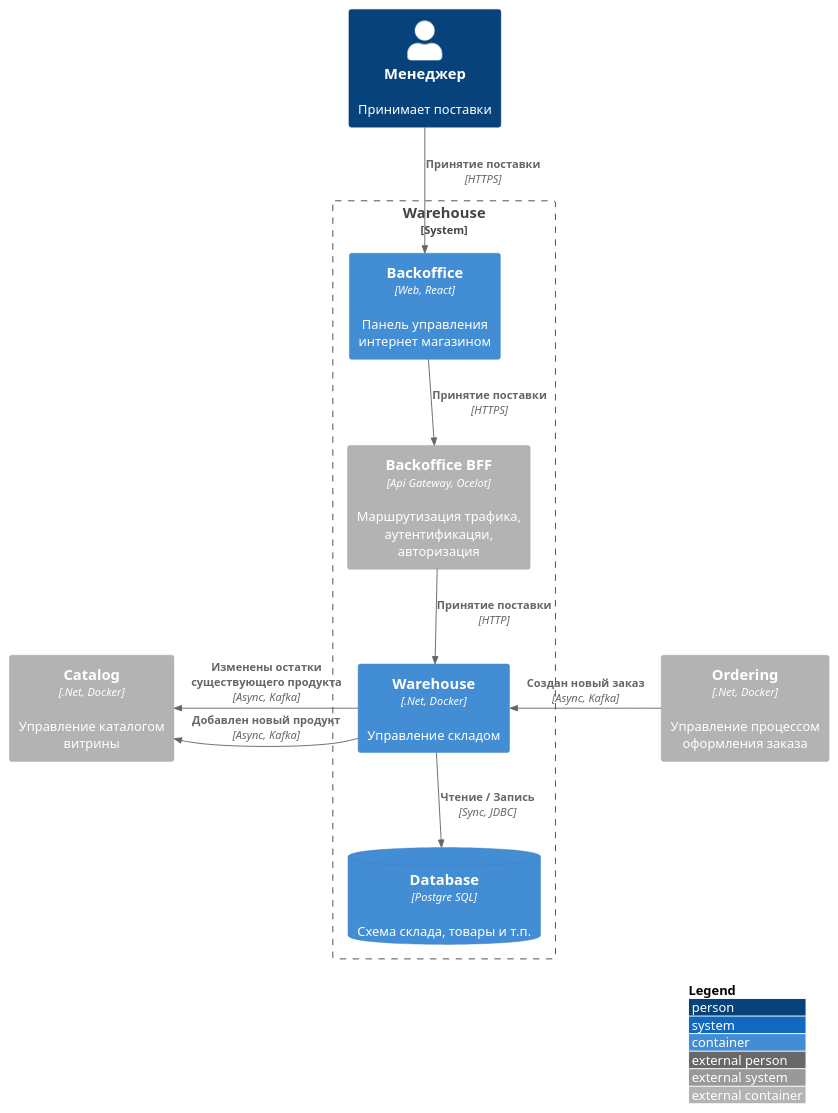
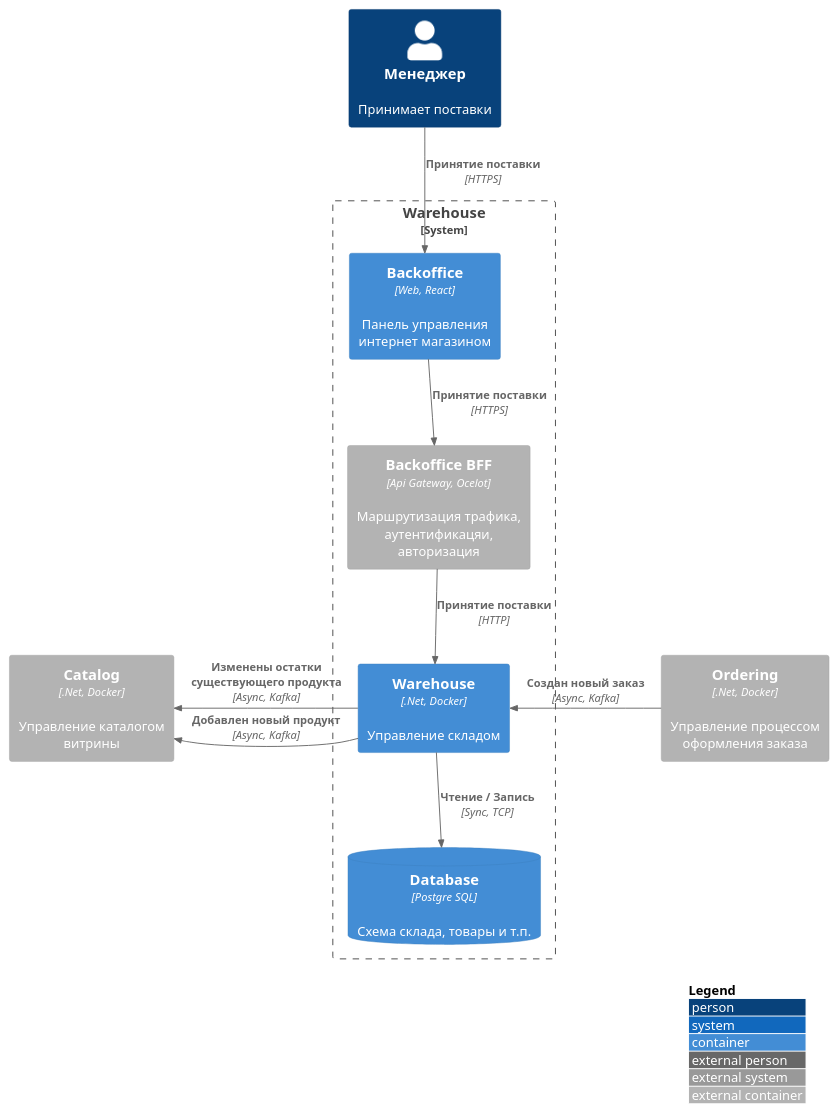
One commit to gerzhan/knigaexpert-system-design changed the first of 3 diagrams in services/warehouse/README.md. Above: the diagram before and after it, drawn with PlantUML. The commit also changed other lines of this file and 6 other files, not shown here.

````diff
--- a/services/warehouse/README.md
+++ b/services/warehouse/README.md
@@ -9,36 +18,36 @@
 ```plantuml
 !include https://raw.githubusercontent.com/plantuml-stdlib/C4-PlantUML/master/C4_Container.puml
 
 skinparam wrapWidth 200
 skinparam maxMessageSize 200
 
 LAYOUT_TOP_DOWN()
 LAYOUT_WITH_LEGEND()
 
 Person(manager, Менеджер, "Принимает поставки")
 
 
 System_Boundary(boundary, "Warehouse") {
 
 ' Backoffice
 Container(backoffice_app, "Backoffice", "Web, React", "Панель управления интернет магазином")  
 Container_Ext(backoffice_bff, "Backoffice BFF", "Api Gateway, Ocelot", "Маршрутизация трафика, аутентификацяи, авторизация")
 Rel(backoffice_app, backoffice_bff, "Принятие поставки", "HTTPS")
 Rel(manager, backoffice_app, "Принятие поставки", "HTTPS")
 
 
 ' Services
 Container(warehouse, "Warehouse", ".Net, Docker", "Управление складом")
 ContainerDb(warehouse_db, "Database", "Postgre SQL", "Схема склада, товары и т.п.")
-Rel(warehouse, warehouse_db, "Чтение / Запись", "Sync, JDBC")
+Rel(warehouse, warehouse_db, "Чтение / Запись", "Sync, TCP")
 Rel(backoffice_bff, warehouse, "Принятие поставки", "HTTP")
 }
 
 Container_Ext(catalog, "Catalog", ".Net, Docker", "Управление каталогом витрины")
 Rel_L(warehouse, catalog, "Добавлен новый продукт", "Async, Kafka")
 Rel_L(warehouse, catalog, "Изменены остатки существующего продукта", "Async, Kafka")
 
 Container_Ext(ordering, "Ordering", ".Net, Docker", "Управление процессом оформления заказа")
 Rel_L(ordering, warehouse, "Cоздан новый заказ", "Async, Kafka")
 
 ```
````
